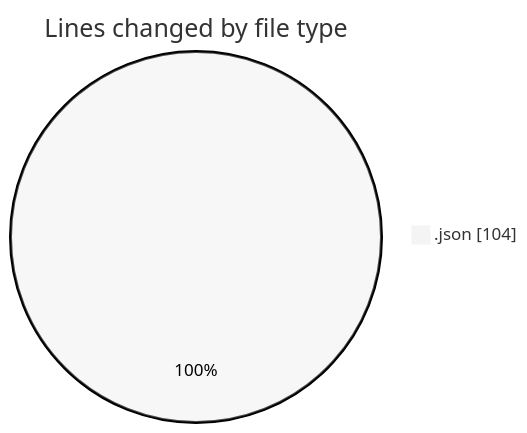
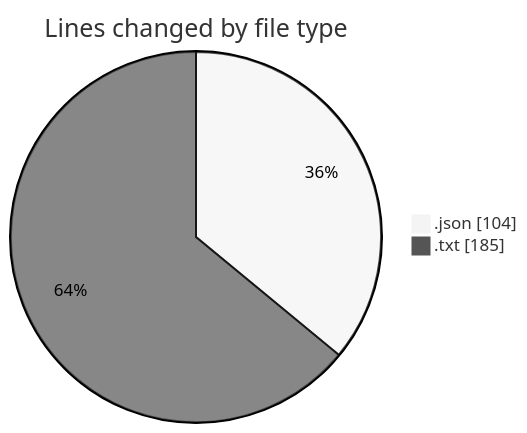
The first of 2 diagrams in 2025-08-15/fresh_start/README.md (EIIisD/code-tracking), drawn with Mermaid (neutral theme) before and after one commit. The commit also changed other lines of this file and 1 other file, not shown here.

````diff
--- a/2025-08-15/fresh_start/README.md
+++ b/2025-08-15/fresh_start/README.md
@@ -24,5 +25,6 @@
 ```mermaid
 pie showData
 title Lines changed by file type
 ".json" : 104
+".txt" : 185
 ```
````
